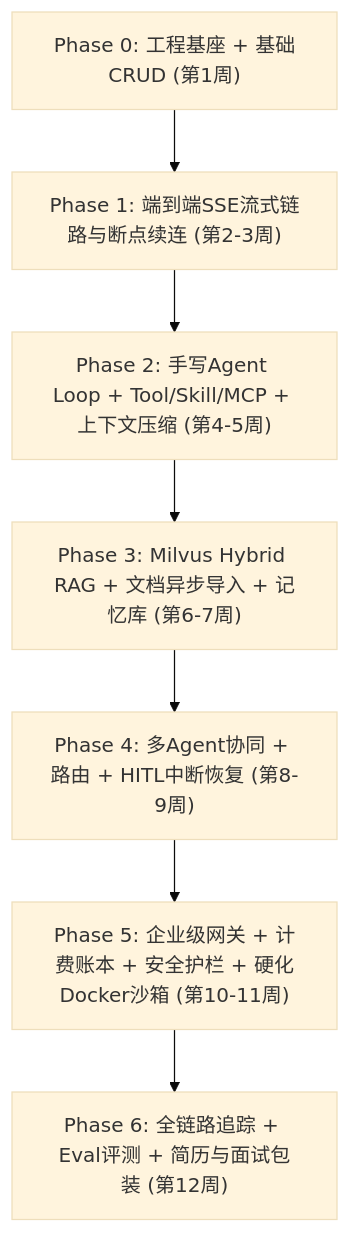
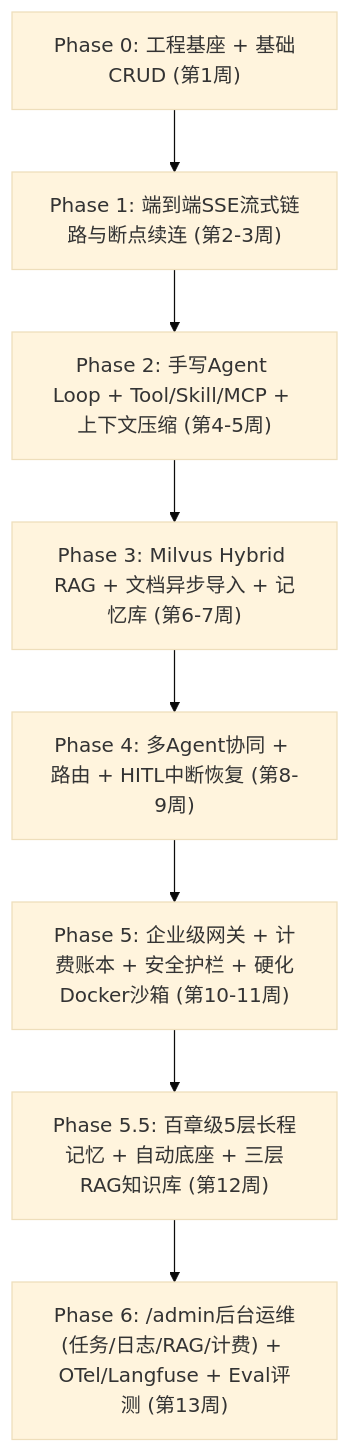
Before and after one commit to redpandaex/foliarc-studio: the second of 2 diagrams in docs/ROADMAP.md, drawn with Mermaid (base theme). The commit also changed other lines of this file and 21 other files, not shown here.

````diff
--- a/docs/ROADMAP.md
+++ b/docs/ROADMAP.md
@@ -235,9 +252,10 @@
 ```mermaid
 flowchart TD
     P0["Phase 0: 工程基座 + 基础CRUD (第1周)"] --> P1["Phase 1: 端到端SSE流式链路与断点续连 (第2-3周)"]
     P1 --> P2["Phase 2: 手写Agent Loop + Tool/Skill/MCP + 上下文压缩 (第4-5周)"]
     P2 --> P3["Phase 3: Milvus Hybrid RAG + 文档异步导入 + 记忆库 (第6-7周)"]
     P3 --> P4["Phase 4: 多Agent协同 + 路由 + HITL中断恢复 (第8-9周)"]
     P4 --> P5["Phase 5: 企业级网关 + 计费账本 + 安全护栏 + 硬化Docker沙箱 (第10-11周)"]
-    P5 --> P6["Phase 6: 全链路追踪 + Eval评测 + 简历与面试包装 (第12周)"]
+    P5 --> P55["Phase 5.5: 百章级5层长程记忆 + 自动底座 + 三层RAG知识库 (第12周)"]
+    P55 --> P6["Phase 6: /admin后台运维(任务/日志/RAG/计费) + OTel/Langfuse + Eval评测 (第13周)"]
 ```
````
